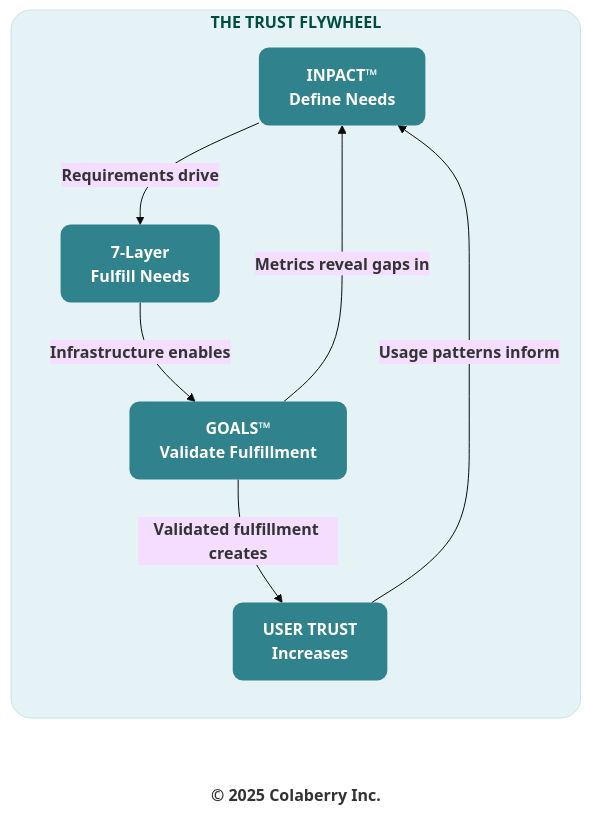
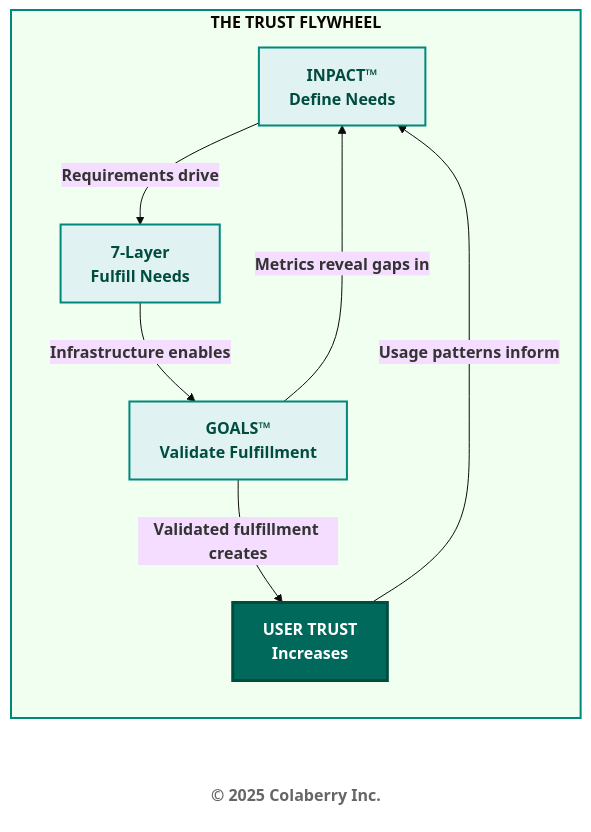
One commit to saitejesh-cyber/trust-before-intelligence-book changed diagram 13 of 14 in manuscript/08_chapter_7_goals_framework.md. Above: the diagram before and after it, drawn with Mermaid (base theme). The commit also changed other lines of this file and 12 other files, not shown here.

Commit message:
Restore legacy Mermaid styles for Option 1

````diff
--- a/manuscript/08_chapter_7_goals_framework.md
+++ b/manuscript/08_chapter_7_goals_framework.md
@@ -1513,24 +1513,24 @@
 ```mermaid
 graph LR
     subgraph FLYWHEEL["<b>THE TRUST FLYWHEEL</b>"]
         INPACT["<b>INPACT™</b><br/><b>Define Needs</b>"]
         LAYERS["<b>7-Layer</b><br/><b>Fulfill Needs</b>"]
         GOALS["<b>GOALS™</b><br/><b>Validate Fulfillment</b>"]
         TRUST["<b>USER TRUST</b><br/><b>Increases</b>"]
         
         INPACT -->|<b>Requirements drive</b>| LAYERS
         LAYERS -->|<b>Infrastructure enables</b>| GOALS
         GOALS -->|<b>Metrics reveal gaps in</b>| INPACT
         GOALS -->|<b>Validated fulfillment creates</b>| TRUST
         TRUST -->|<b>Usage patterns inform</b>| INPACT
     end
     
-    style FLYWHEEL fill:#e6f3f6,stroke:#c7e3ea,stroke-width:1px,color:#004d40,rx:20,ry:20
-    style INPACT fill:#30838C,stroke:none,color:#ffffff,rx:10,ry:10
-    style LAYERS fill:#30838C,stroke:none,color:#ffffff,rx:10,ry:10
-    style GOALS fill:#30838C,stroke:none,color:#ffffff,rx:10,ry:10
-    style TRUST fill:#30838C,stroke:none,color:#ffffff,rx:10,ry:10
+    style FLYWHEEL fill:#f0fff0,stroke:#00897b,stroke-width:2px
+    style INPACT fill:#e0f2f1,stroke:#00897b,stroke-width:2px,color:#004d40
+    style LAYERS fill:#e0f2f1,stroke:#00897b,stroke-width:2px,color:#004d40
+    style GOALS fill:#e0f2f1,stroke:#00897b,stroke-width:2px,color:#004d40
+    style TRUST fill:#00695c,color:#ffffff,stroke:#004d40,stroke-width:3px
     
     Copyright["<b>© 2025 Colaberry Inc.</b>"]
-    style Copyright fill:none,stroke:none,color:#333333
+    style Copyright fill:#ffffff,stroke:none,color:#666666
 ```
````
